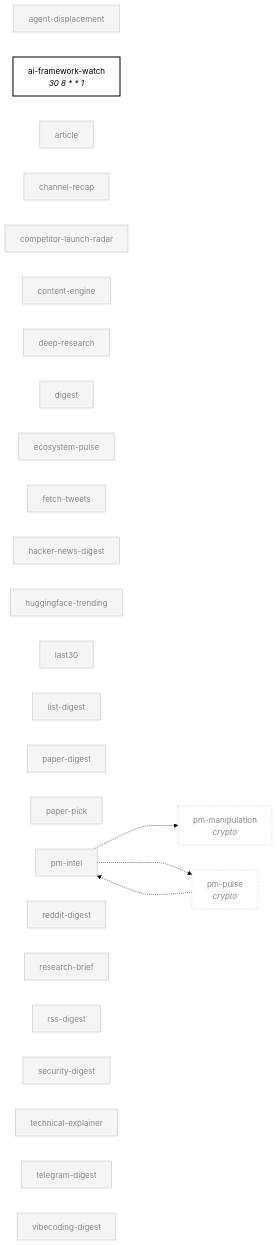
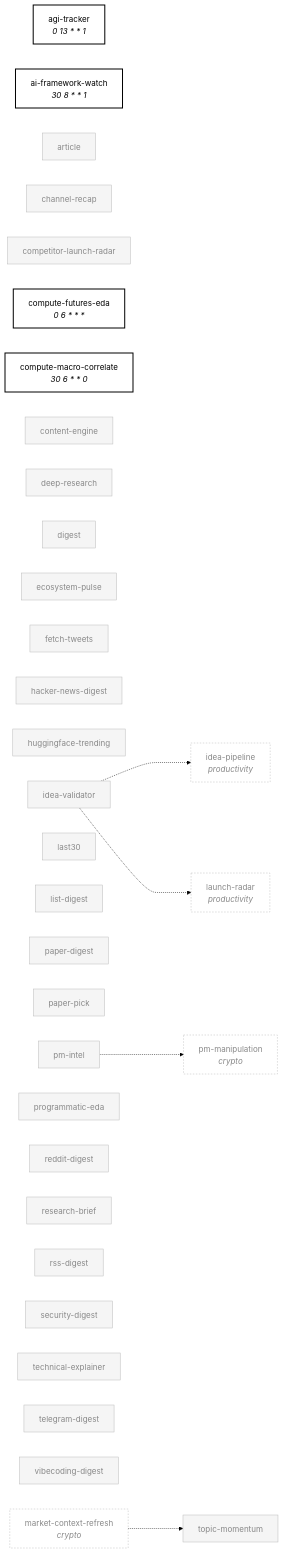
The third of 7 diagrams in docs/skill-graph.md (swarm-ai-research/aeon), drawn with Mermaid (forest theme) before and after one commit. The commit also changed other lines of this file and 3 other files, not shown here.

First line of the commit message:
docs(skill-graph): regenerate map (SKILL_GRAPH_NEW — 174 skills, 44 enabled)

````diff
--- a/docs/skill-graph.md
+++ b/docs/skill-graph.md
@@ -76,64 +79,79 @@
 ```mermaid
 flowchart LR
     classDef enabled fill:#fff,stroke:#000,stroke-width:2px,color:#000
     classDef disabled fill:#f5f5f5,stroke:#bbb,color:#888
     classDef external fill:none,stroke:#bbb,stroke-dasharray:3 3,color:#888
-    agent-displacement["agent-displacement"]
+    agi-tracker["agi-tracker<br/><i>0 13 * * 1</i>"]
     ai-framework-watch["ai-framework-watch<br/><i>30 8 * * 1</i>"]
     article["article"]
     channel-recap["channel-recap"]
     competitor-launch-radar["competitor-launch-radar"]
+    compute-futures-eda["compute-futures-eda<br/><i>0 6 * * *</i>"]
+    compute-macro-correlate["compute-macro-correlate<br/><i>30 6 * * 0</i>"]
     content-engine["content-engine"]
     deep-research["deep-research"]
     digest["digest"]
     ecosystem-pulse["ecosystem-pulse"]
     fetch-tweets["fetch-tweets"]
     hacker-news-digest["hacker-news-digest"]
     huggingface-trending["huggingface-trending"]
+    idea-validator["idea-validator"]
     last30["last30"]
     list-digest["list-digest"]
     paper-digest["paper-digest"]
     paper-pick["paper-pick"]
     pm-intel["pm-intel"]
+    programmatic-eda["programmatic-eda"]
     reddit-digest["reddit-digest"]
     research-brief["research-brief"]
     rss-digest["rss-digest"]
     security-digest["security-digest"]
     technical-explainer["technical-explainer"]
     telegram-digest["telegram-digest"]
+    topic-momentum["topic-momentum"]
     vibecoding-digest["vibecoding-digest"]
+    idea-pipeline["idea-pipeline<br/><i>productivity</i>"]
+    launch-radar["launch-radar<br/><i>productivity</i>"]
+    market-context-refresh["market-context-refresh<br/><i>crypto</i>"]
     pm-manipulation["pm-manipulation<br/><i>crypto</i>"]
-    pm-pulse["pm-pulse<br/><i>crypto</i>"]
+    idea-validator -..-> idea-pipeline
+    idea-validator -..-> launch-radar
+    market-context-refresh -..-> topic-momentum
     pm-intel -..-> pm-manipulation
-    pm-intel -..-> pm-pulse
-    pm-pulse -..-> pm-intel
-    click agent-displacement "../skills/agent-displacement/SKILL.md"
+    click agi-tracker "../skills/agi-tracker/SKILL.md"
     click ai-framework-watch "../skills/ai-framework-watch/SKILL.md"
     click article "../skills/article/SKILL.md"
     click channel-recap "../skills/channel-recap/SKILL.md"
     click competitor-launch-radar "../skills/competitor-launch-radar/SKILL.md"
+    click compute-futures-eda "../skills/compute-futures-eda/SKILL.md"
+    click compute-macro-correlate "../skills/compute-macro-correlate/SKILL.md"
     click content-engine "../skills/content-engine/SKILL.md"
     click deep-research "../skills/deep-research/SKILL.md"
     click digest "../skills/digest/SKILL.md"
     click ecosystem-pulse "../skills/ecosystem-pulse/SKILL.md"
     click fetch-tweets "../skills/fetch-tweets/SKILL.md"
     click hacker-news-digest "../skills/hacker-news-digest/SKILL.md"
     click huggingface-trending "../skills/huggingface-trending/SKILL.md"
+    click idea-validator "../skills/idea-validator/SKILL.md"
     click last30 "../skills/last30/SKILL.md"
     click list-digest "../skills/list-digest/SKILL.md"
     click paper-digest "../skills/paper-digest/SKILL.md"
     click paper-pick "../skills/paper-pick/SKILL.md"
     click pm-intel "../skills/pm-intel/SKILL.md"
+    click programmatic-eda "../skills/programmatic-eda/SKILL.md"
     click reddit-digest "../skills/reddit-digest/SKILL.md"
     click research-brief "../skills/research-brief/SKILL.md"
     click rss-digest "../skills/rss-digest/SKILL.md"
     click security-digest "../skills/security-digest/SKILL.md"
     click technical-explainer "../skills/technical-explainer/SKILL.md"
     click telegram-digest "../skills/telegram-digest/SKILL.md"
+    click topic-momentum "../skills/topic-momentum/SKILL.md"
     click vibecoding-digest "../skills/vibecoding-digest/SKILL.md"
+    click idea-pipeline "../skills/idea-pipeline/SKILL.md"
+    click launch-radar "../skills/launch-radar/SKILL.md"
+    click market-context-refresh "../skills/market-context-refresh/SKILL.md"
     click pm-manipulation "../skills/pm-manipulation/SKILL.md"
-    click pm-pulse "../skills/pm-pulse/SKILL.md"
-    class ai-framework-watch enabled
-    class agent-displacement,article,channel-recap,competitor-launch-radar,content-engine,deep-research,digest,ecosystem-pulse,fetch-tweets,hacker-news-digest,huggingface-trending,last30,list-digest,paper-digest,paper-pick,pm-intel,reddit-digest,research-brief,rss-digest,security-digest,technical-explainer,telegram-digest,vibecoding-digest disabled
-    class pm-manipulation,pm-pulse external
+    class agi-tracker,ai-framework-watch,compute-futures-eda,compute-macro-correlate enabled
+    class article,channel-recap,competitor-launch-radar,content-engine,deep-research,digest,ecosystem-pulse,fetch-tweets,hacker-news-digest,huggingface-trending,idea-validator,last30,list-digest,paper-digest,paper-pick,pm-intel,programmatic-eda,reddit-digest,research-brief,rss-digest,security-digest,technical-explainer,telegram-digest,topic-momentum,vibecoding-digest disabled
+    class idea-pipeline,launch-radar,market-context-refresh,pm-manipulation external
 ```
````
